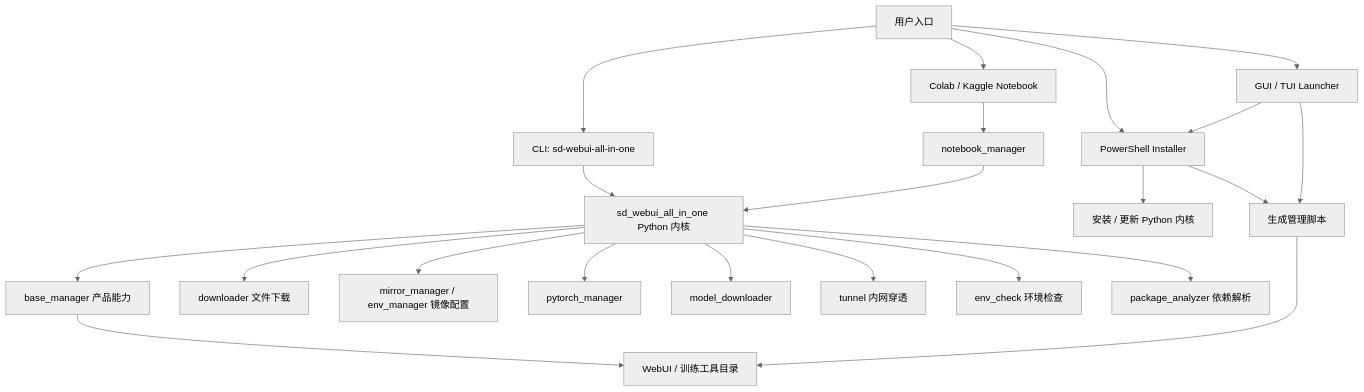
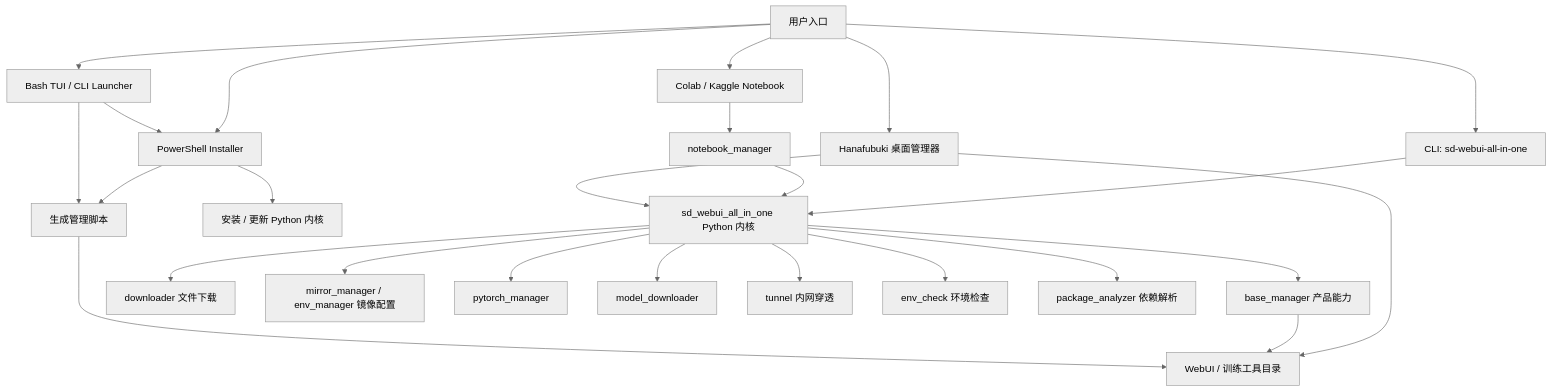
Before and after one commit to licyk/sd-webui-all-in-one: the diagram in docs/development/architecture.md, drawn with Mermaid (neutral theme). The commit also changed other lines of this file and 16 other files, not shown here.

````diff
--- a/docs/development/architecture.md
+++ b/docs/development/architecture.md
@@ -7,27 +7,30 @@
 ```mermaid
 flowchart TD
     User[用户入口] --> CLI[CLI: sd-webui-all-in-one]
     User --> Installer[PowerShell Installer]
     User --> Notebook[Colab / Kaggle Notebook]
-    User --> Launcher[GUI / TUI Launcher]
+    User --> Hanafubuki[Hanafubuki 桌面管理器]
+    User --> Launcher[Bash TUI / CLI Launcher]
 
     CLI --> Core[sd_webui_all_in_one Python 内核]
     Notebook --> NotebookManager[notebook_manager]
     NotebookManager --> Core
     Installer --> CorePackage[安装 / 更新 Python 内核]
     Installer --> ManagerScripts[生成管理脚本]
+    Hanafubuki --> Core
+    Hanafubuki --> WebUI
     Launcher --> Installer
     Launcher --> ManagerScripts
 
     Core --> BaseManager[base_manager 产品能力]
     Core --> Downloader[downloader 文件下载]
     Core --> Mirror[mirror_manager / env_manager 镜像配置]
     Core --> PyTorch[pytorch_manager]
     Core --> Model[model_downloader]
     Core --> Tunnel[tunnel 内网穿透]
     Core --> EnvCheck[env_check 环境检查]
     Core --> PackageAnalyzer[package_analyzer 依赖解析]
 
     BaseManager --> WebUI[WebUI / 训练工具目录]
     ManagerScripts --> WebUI
 ```
````
